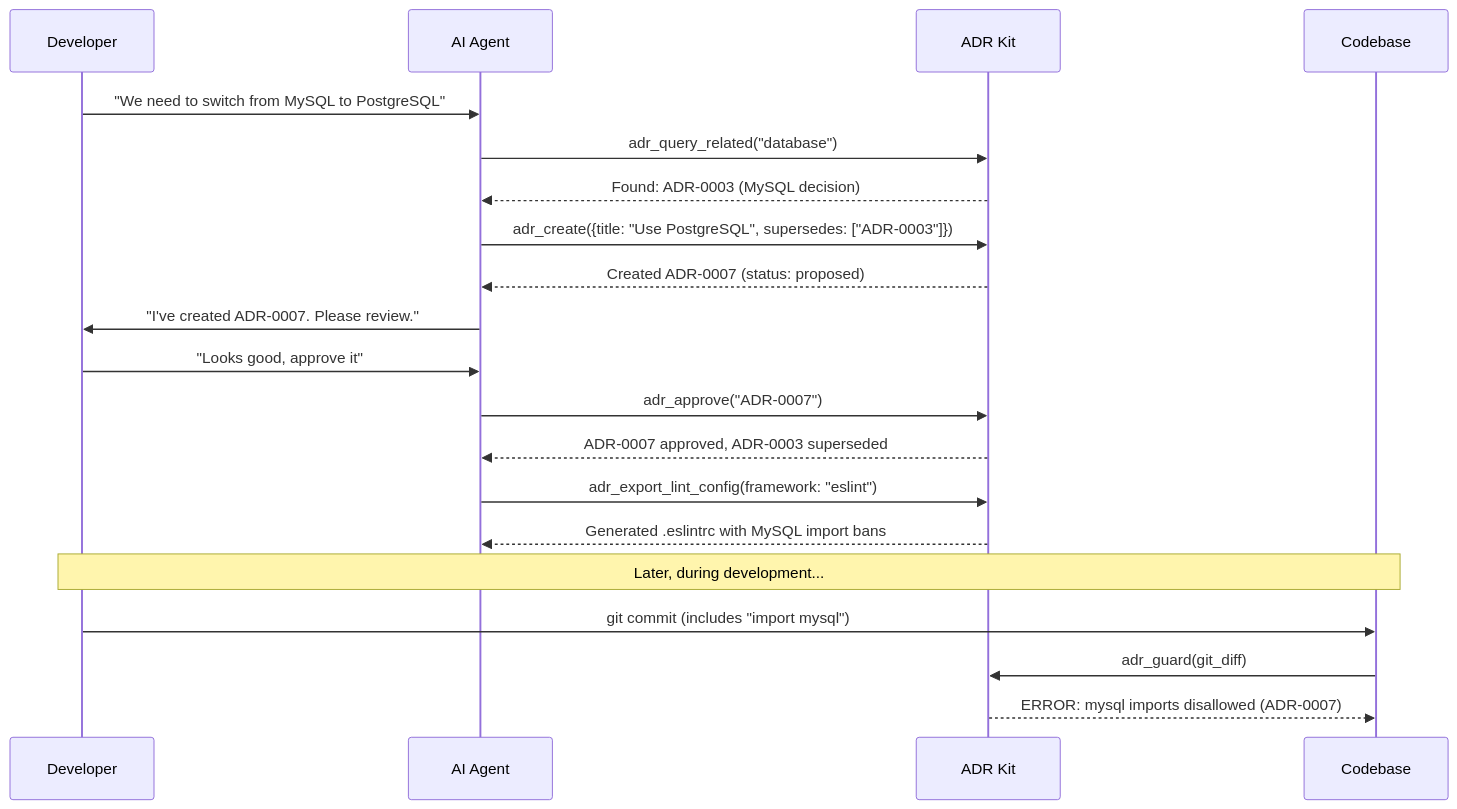
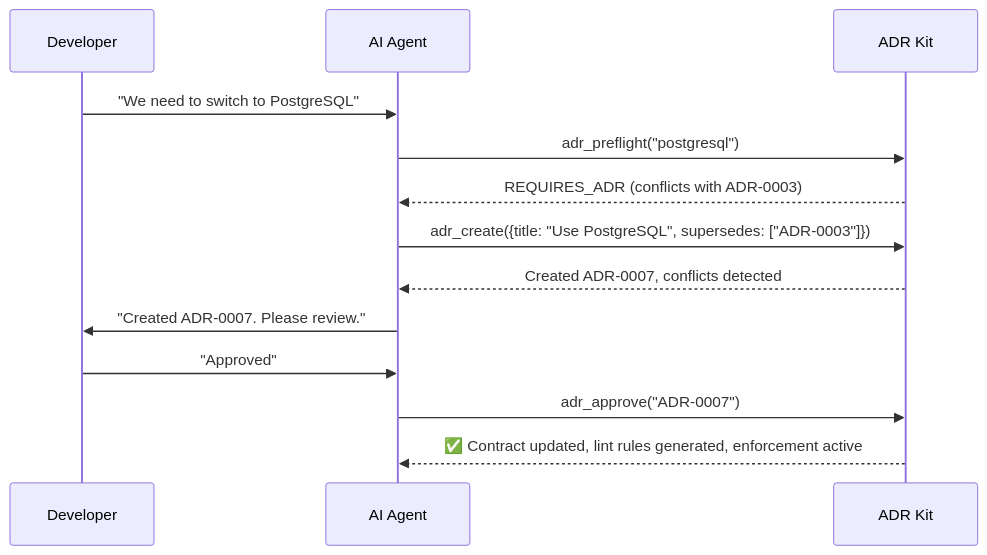
Before and after one commit to kschlt/adr-kit: the diagram in README.md, drawn with Mermaid. The commit also changed other lines of this file, not shown here.

````diff
--- a/README.md
+++ b/README.md
@@ -217,24 +94,16 @@
 ```mermaid
 sequenceDiagram
     participant Dev as Developer
-    participant Agent as AI Agent
+    participant Agent as AI Agent  
     participant ADR as ADR Kit
-    participant Code as Codebase
 
-    Dev->>Agent: "We need to switch from MySQL to PostgreSQL"
-    Agent->>ADR: adr_query_related("database")
-    ADR-->>Agent: Found: ADR-0003 (MySQL decision)
+    Dev->>Agent: "We need to switch to PostgreSQL"
+    Agent->>ADR: adr_preflight("postgresql")
+    ADR-->>Agent: REQUIRES_ADR (conflicts with ADR-0003)
     Agent->>ADR: adr_create({title: "Use PostgreSQL", supersedes: ["ADR-0003"]})
-    ADR-->>Agent: Created ADR-0007 (status: proposed)
-    Agent->>Dev: "I've created ADR-0007. Please review."
-    Dev->>Agent: "Looks good, approve it"
+    ADR-->>Agent: Created ADR-0007, conflicts detected
+    Agent->>Dev: "Created ADR-0007. Please review."
+    Dev->>Agent: "Approved" 
     Agent->>ADR: adr_approve("ADR-0007")
-    ADR-->>Agent: ADR-0007 approved, ADR-0003 superseded
-    Agent->>ADR: adr_export_lint_config(framework: "eslint")
-    ADR-->>Agent: Generated .eslintrc with MySQL import bans
-    
-    Note over Dev,Code: Later, during development...
-    Dev->>Code: git commit (includes "import mysql")
-    Code->>ADR: adr_guard(git_diff)
-    ADR-->>Code: ERROR: mysql imports disallowed (ADR-0007)
+    ADR-->>Agent: ✅ Contract updated, lint rules generated, enforcement active
 ```
````
